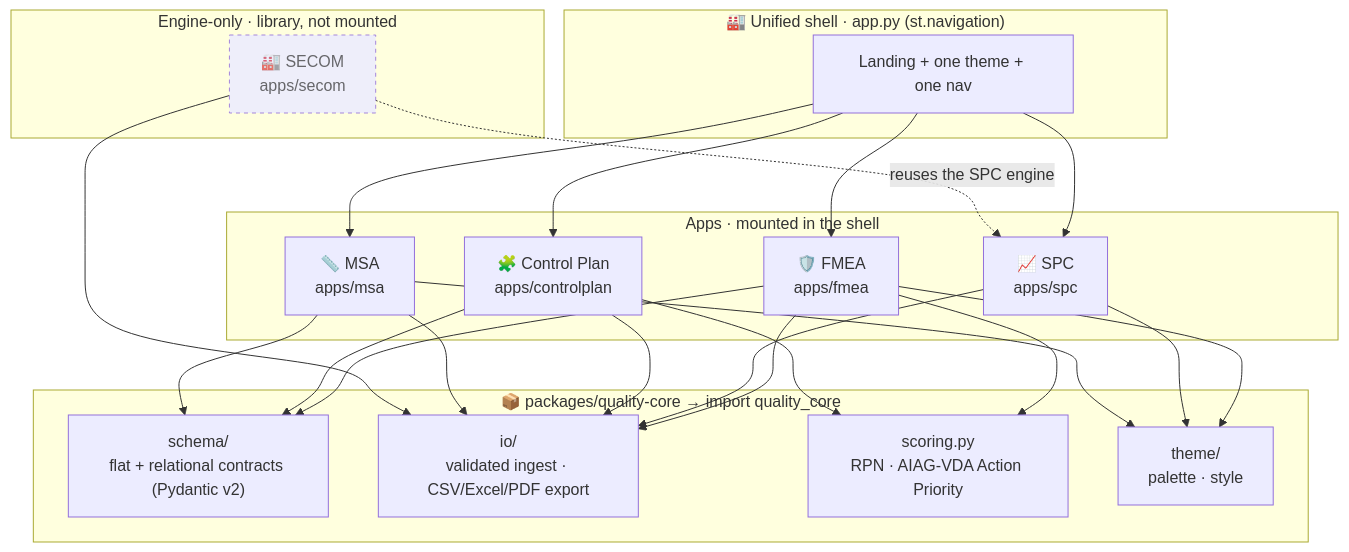
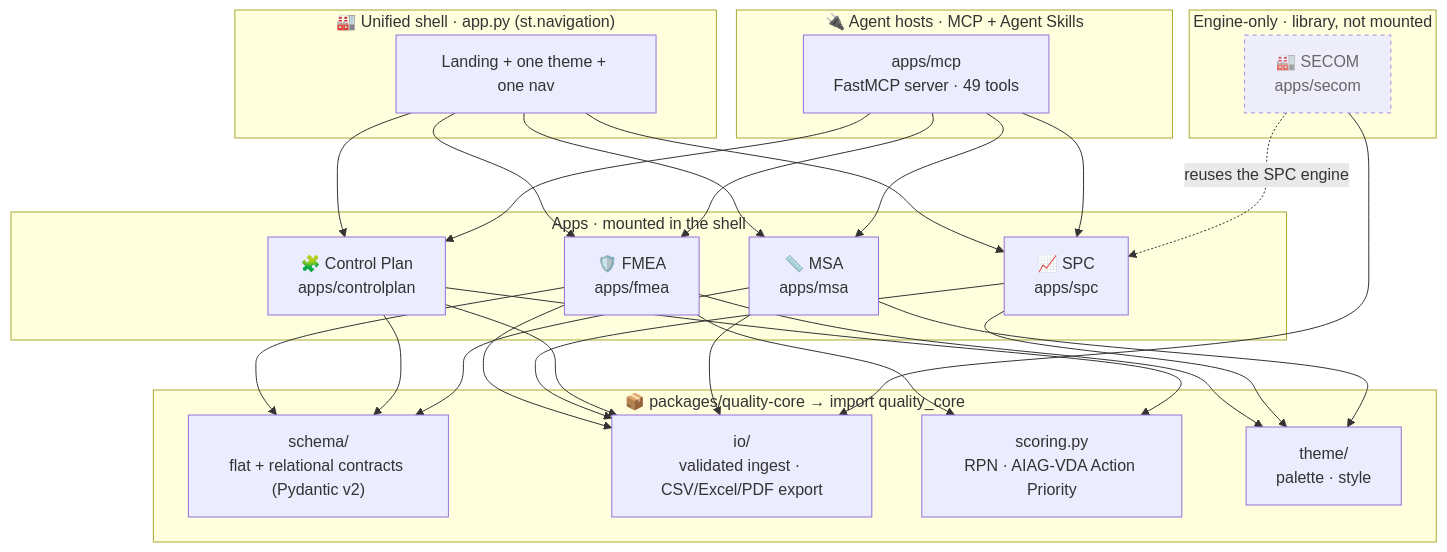
The second of 2 diagrams in README.md (Siddardth7/quality-platform), drawn with Mermaid before and after one commit. The commit also changed other lines of this file and 16 other files, not shown here.

````diff
--- a/README.md
+++ b/README.md
@@ -137,31 +291,35 @@
 ```mermaid
 flowchart TB
+    subgraph Agents["🔌 Agent hosts · MCP + Agent Skills"]
+        MCP["apps/mcp<br/>FastMCP server · 49 tools"]
+    end
     subgraph Shell["🏭 Unified shell · app.py (st.navigation)"]
         Home["Landing + one theme + one nav"]
     end
     subgraph Apps["Apps · mounted in the shell"]
         FMEA["🛡️ FMEA<br/>apps/fmea"]
         SPC["📈 SPC<br/>apps/spc"]
         CP["🧩 Control Plan<br/>apps/controlplan"]
         MSA["📏 MSA<br/>apps/msa"]
     end
     subgraph Engine["Engine-only · library, not mounted"]
         SECOM["🏭 SECOM<br/>apps/secom"]:::engine
     end
     subgraph Core["📦 packages/quality-core → import quality_core"]
         Schema["schema/<br/>flat + relational contracts (Pydantic v2)"]
         IO["io/<br/>validated ingest · CSV/Excel/PDF export"]
         Scoring["scoring.py<br/>RPN · AIAG-VDA Action Priority"]
         Theme["theme/<br/>palette · style"]
     end
 
     Home --> FMEA & SPC & CP & MSA
+    MCP --> FMEA & SPC & CP & MSA
     FMEA --> Schema & IO & Scoring & Theme
     SPC --> IO & Theme
     CP --> Schema & IO & Scoring
     MSA --> Schema & IO & Theme
     SECOM --> IO
     SECOM -.reuses the SPC engine.-> SPC
 
     classDef engine opacity:0.85,stroke-dasharray:4 4;
 ```
````
